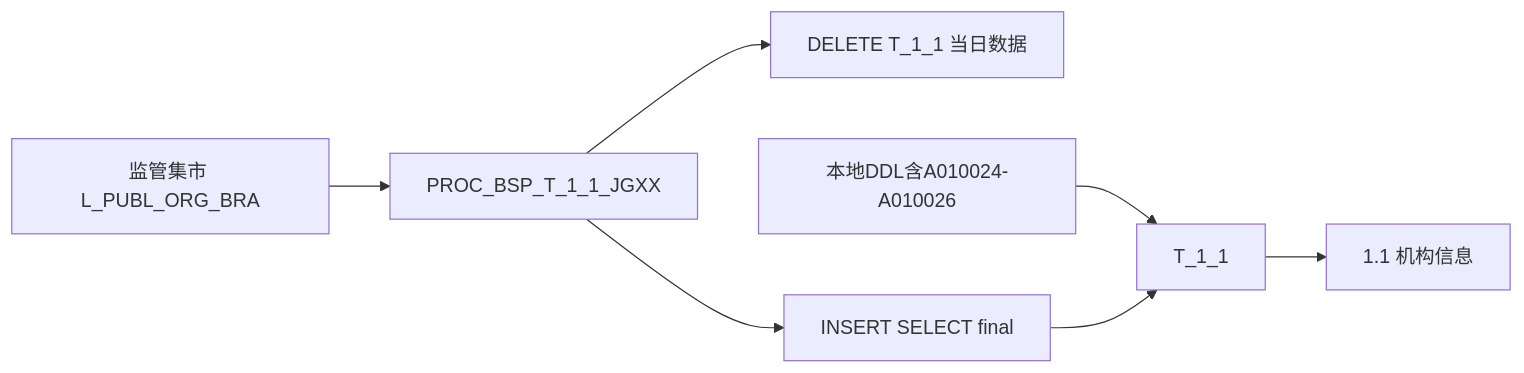
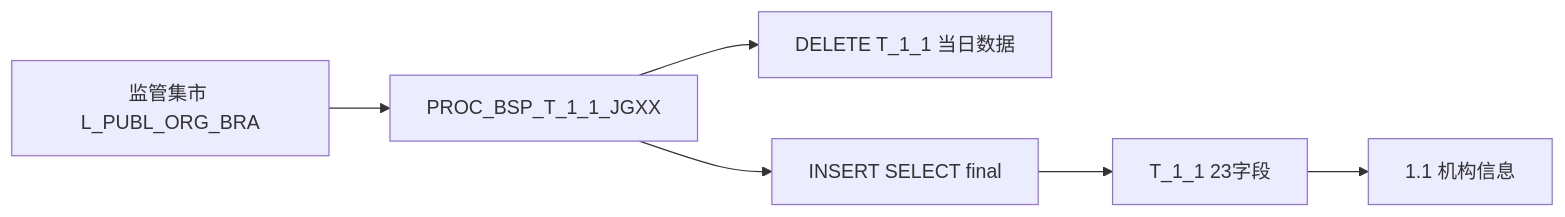
Before and after one commit to zhoujk1989-arch/Obsidian: the first of 2 diagrams in regulatory-data-lab/血缘/一表通系统/血缘-1.1-机构信息-一表通系统.md, drawn with Mermaid. The commit also changed other lines of this file and 14 other files, not shown here.

````diff
--- a/regulatory-data-lab/血缘/一表通系统/血缘-1.1-机构信息-一表通系统.md
+++ b/regulatory-data-lab/血缘/一表通系统/血缘-1.1-机构信息-一表通系统.md
@@ -95,9 +95,8 @@
 ```mermaid
 flowchart LR
     A[监管集市 L_PUBL_ORG_BRA] --> B[PROC_BSP_T_1_1_JGXX]
     B --> C[DELETE T_1_1 当日数据]
     B --> D[INSERT SELECT final]
-    G[本地DDL含A010024-A010026] --> E[T_1_1]
-    D --> E[T_1_1]
+    D --> E[T_1_1 23字段]
     E --> F[1.1 机构信息]
 ```
````
